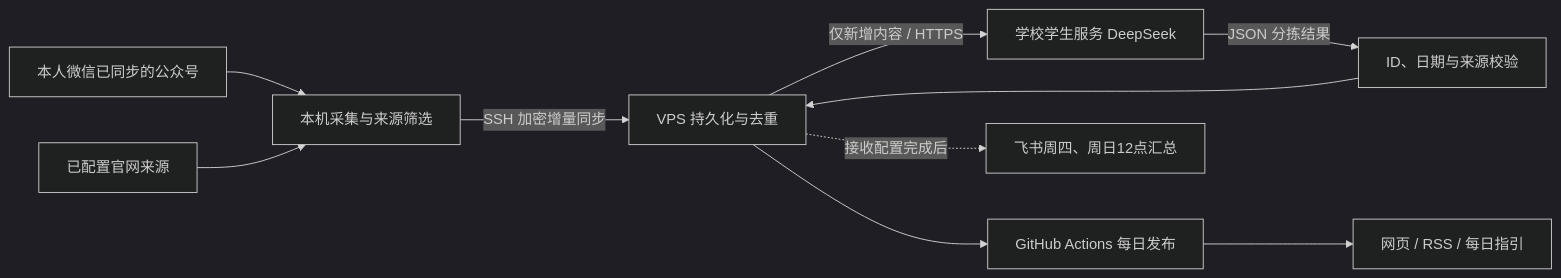
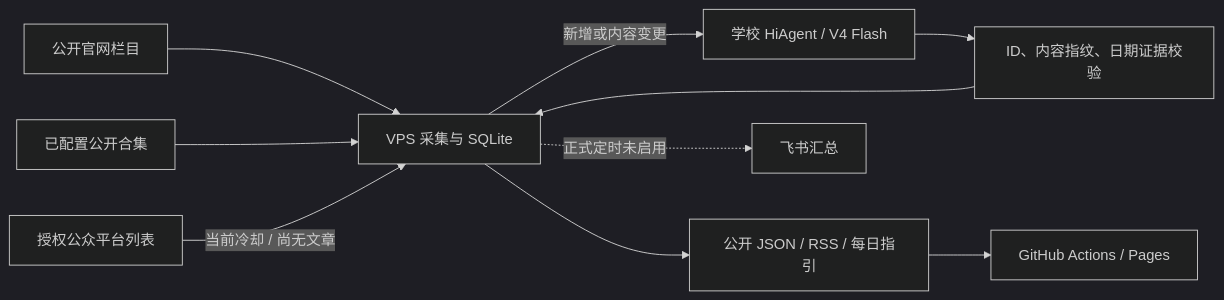
The diagram in README.md (lankerr/bit-student-feed), drawn with Mermaid (dark theme) before and after one commit. The commit also changed other lines of this file and 29 other files, not shown here.

````diff
--- a/README.md
+++ b/README.md
@@ -15,12 +30,12 @@
 ```mermaid
 flowchart LR
-  W[本人微信已同步的公众号] --> L[本机采集与来源筛选]
-  O[已配置官网来源] --> L
-  L -->|SSH 加密增量同步| V[VPS 持久化与去重]
-  V -->|仅新增内容 / HTTPS| S[学校学生服务 DeepSeek]
-  S -->|JSON 分拣结果| C[ID、日期与来源校验]
+  O[公开官网栏目] --> V[VPS 采集与 SQLite]
+  A[已配置公开合集] --> V
+  W[授权公众平台列表] -->|当前冷却 / 尚无文章| V
+  V -->|新增或内容变更| S[学校 HiAgent / V4 Flash]
+  S --> C[ID、内容指纹、日期证据校验]
   C --> V
-  V --> P[GitHub Actions 每日发布]
-  P --> R[网页 / RSS / 每日指引]
-  V -. 接收配置完成后 .-> F[飞书周四、周日12点汇总]
+  V --> P[公开 JSON / RSS / 每日指引]
+  P --> G[GitHub Actions / Pages]
+  V -. 正式定时未启用 .-> F[飞书汇总]
 ```
````
